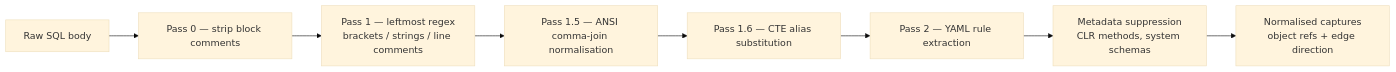
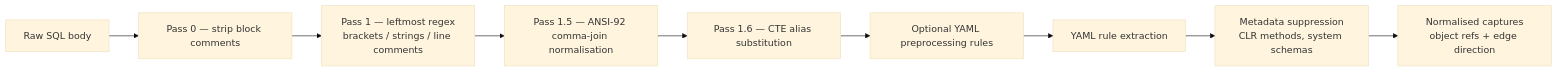
The second of 3 diagrams in docs/DEVELOPER_GUIDE.md (ChrisDevRepo/vscode_data_lineage), drawn with Mermaid (base theme) before and after one commit. The commit also changed other lines of this file and 157 other files, not shown here.

````diff
--- a/docs/DEVELOPER_GUIDE.md
+++ b/docs/DEVELOPER_GUIDE.md
@@ -143,10 +135,11 @@
 ```mermaid
 flowchart LR
     IN[Raw SQL body] --> C1[Pass 0 — strip block comments]
     C1 --> C2[Pass 1 — leftmost regex<br/>brackets / strings / line comments]
-    C2 --> C3[Pass 1.5 — ANSI comma-join normalisation]
+    C2 --> C3[Pass 1.5 — ANSI-92 comma-join normalisation]
     C3 --> C4[Pass 1.6 — CTE alias substitution]
-    C4 --> RE[Pass 2 — YAML rule extraction]
+    C4 --> PRE[Optional YAML preprocessing rules]
+    PRE --> RE[YAML rule extraction]
     RE --> SUP[Metadata suppression<br/>CLR methods, system schemas]
     SUP --> CAP[Normalised captures<br/>object refs + edge direction]
 ```
````
